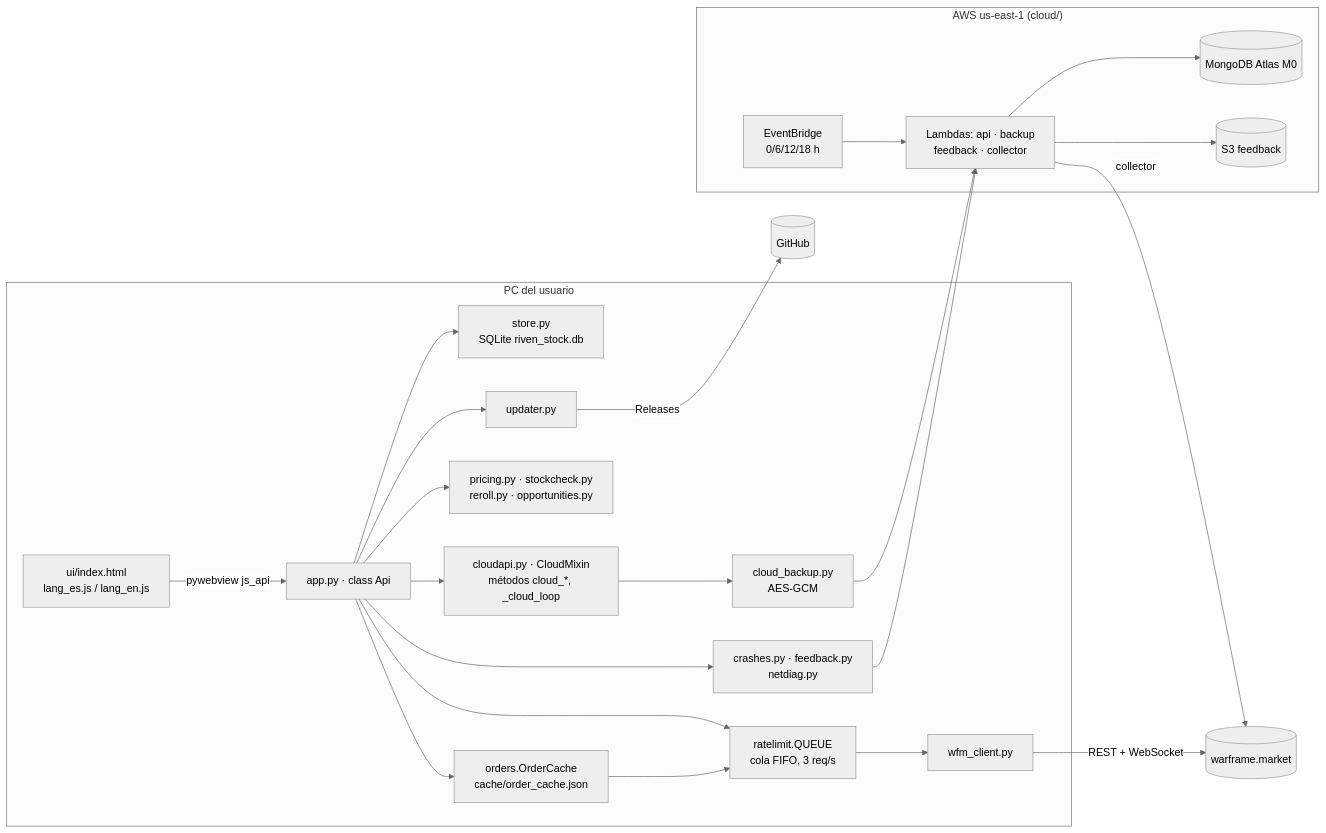
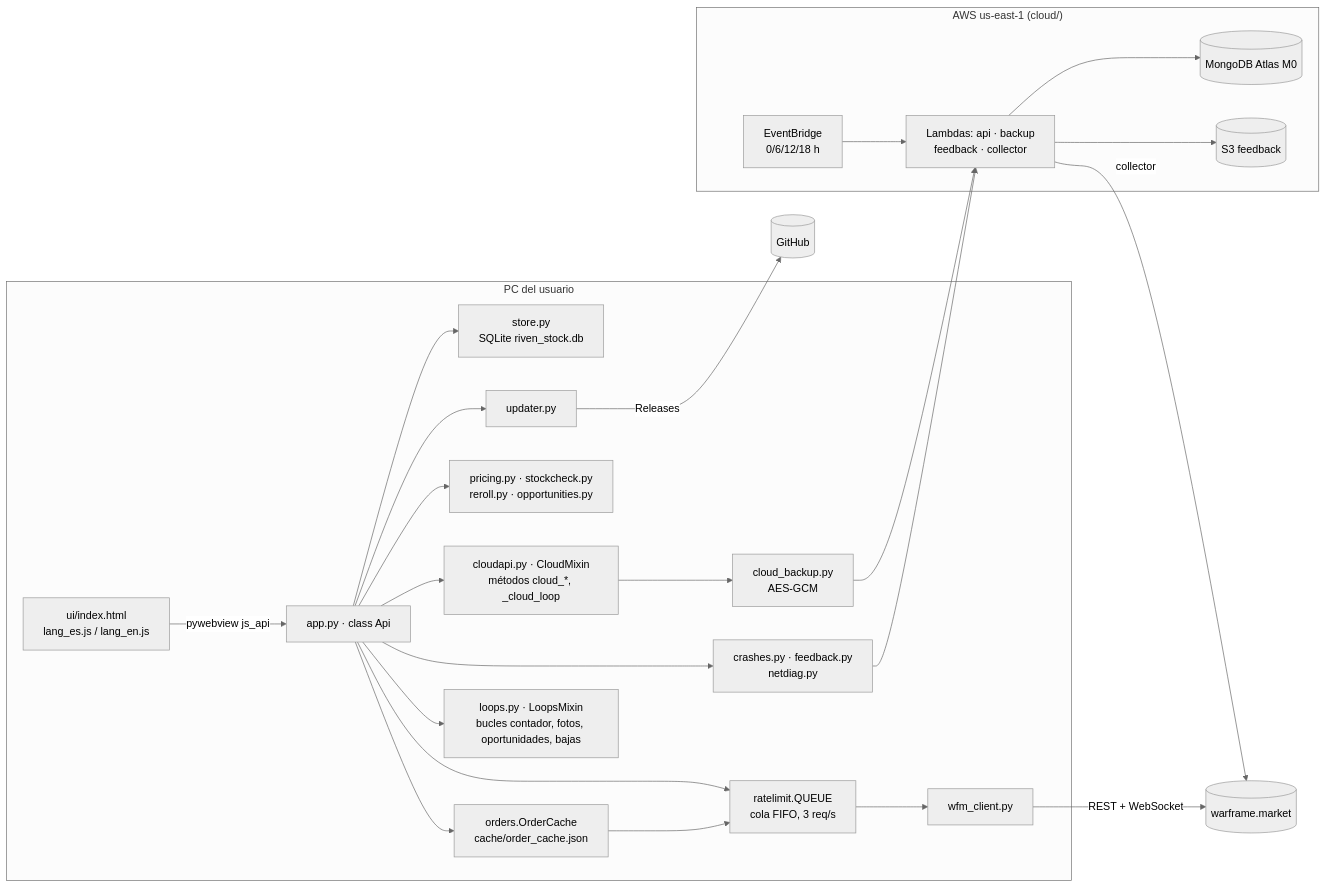
One commit to Franh01/riven-stock changed the first of 8 diagrams in docs/ARQUITECTURA.md. Above: the diagram before and after it, drawn with Mermaid (neutral theme). The commit also changed other lines of this file and 2 other files, not shown here.

Commit message:
app.py: el bucle de bajas (autodrop_pass, _apply_drop) sale a loops.py; docs al dia

````diff
--- a/docs/ARQUITECTURA.md
+++ b/docs/ARQUITECTURA.md
@@ -9,26 +9,27 @@
 ```mermaid
 flowchart LR
     subgraph PC["PC del usuario"]
         UI["ui/index.html<br/>lang_es.js / lang_en.js"] -- "pywebview js_api" --> API["app.py · class Api"]
         API --> STORE["store.py<br/>SQLite riven_stock.db"]
         API --> CACHE["orders.OrderCache<br/>cache/order_cache.json"]
         API --> RL["ratelimit.QUEUE<br/>cola FIFO, 3 req/s"]
         CACHE --> RL
         RL --> WFM["wfm_client.py"]
         API --> PRICING["pricing.py · stockcheck.py<br/>reroll.py · opportunities.py"]
         API --> UPD["updater.py"]
         API --> CRASH["crashes.py · feedback.py<br/>netdiag.py"]
         API --> CLAPI["cloudapi.py · CloudMixin<br/>métodos cloud_*, _cloud_loop"]
+        API --> LOOPS["loops.py · LoopsMixin<br/>bucles contador, fotos, oportunidades, bajas"]
         CLAPI --> CB["cloud_backup.py<br/>AES-GCM"]
     end
     WFM -- "REST + WebSocket" --> WM[("warframe.market")]
     UPD -- "Releases" --> GH[("GitHub")]
     CB --> LAM
     CRASH --> LAM
     subgraph AWS["AWS us-east-1 (cloud/)"]
         LAM["Lambdas: api · backup<br/>feedback · collector"] --> MONGO[("MongoDB Atlas M0")]
         LAM --> S3[("S3 feedback")]
         EB["EventBridge<br/>0/6/12/18 h"] --> LAM
     end
     LAM -- "collector" --> WM
 ```
````
